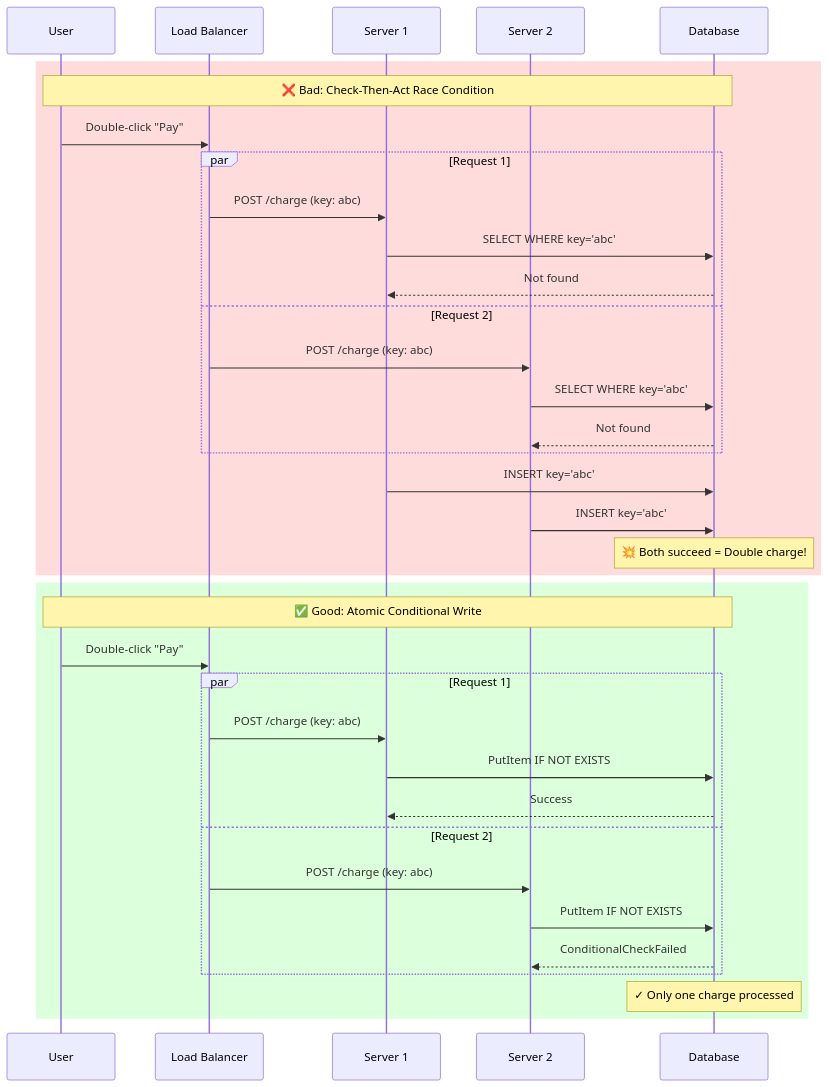
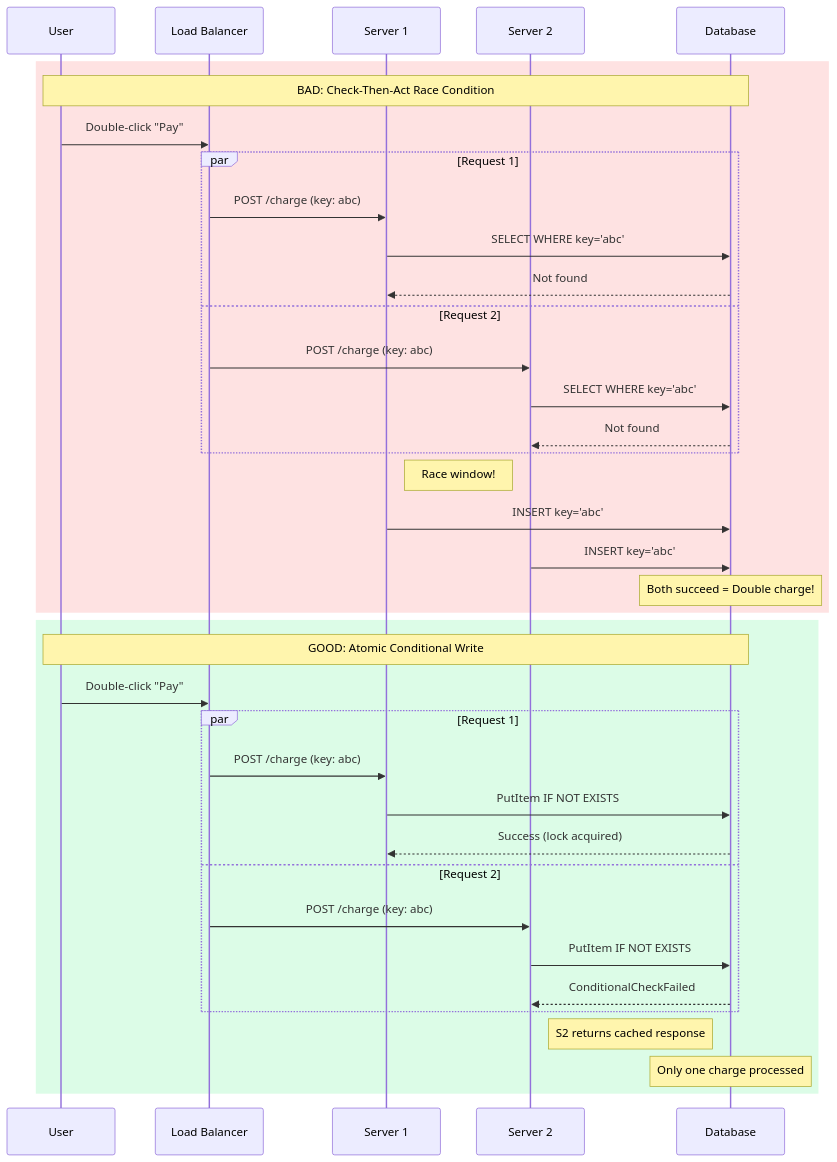
The second of 2 diagrams in gemini-responses/idempotency---critical-concept-20260120-1240.md (udaytamma/Cyrus), drawn with Mermaid before and after one commit. The commit also changed other lines of this file and 28 other files, not shown here.

First line of the commit message:
Upgrade Knowledge Base Mermaid diagrams to professional styling

````diff
--- a/gemini-responses/idempotency---critical-concept-20260120-1240.md
+++ b/gemini-responses/idempotency---critical-concept-20260120-1240.md
@@ -130,40 +143,42 @@
 ```mermaid
 sequenceDiagram
     participant U as User
     participant LB as Load Balancer
     participant S1 as Server 1
     participant S2 as Server 2
     participant DB as Database
 
-    rect rgb(255, 220, 220)
-        Note over U,DB: ❌ Bad: Check-Then-Act Race Condition
+    rect rgb(254, 226, 226)
+        Note over U,DB: BAD: Check-Then-Act Race Condition
         U->>LB: Double-click "Pay"
         par Request 1
             LB->>S1: POST /charge (key: abc)
             S1->>DB: SELECT WHERE key='abc'
             DB-->>S1: Not found
         and Request 2
             LB->>S2: POST /charge (key: abc)
             S2->>DB: SELECT WHERE key='abc'
             DB-->>S2: Not found
         end
+        Note right of S1: Race window!
         S1->>DB: INSERT key='abc'
         S2->>DB: INSERT key='abc'
-        Note over DB: 💥 Both succeed = Double charge!
+        Note over DB: Both succeed = Double charge!
     end
 
-    rect rgb(220, 255, 220)
-        Note over U,DB: ✅ Good: Atomic Conditional Write
+    rect rgb(220, 252, 231)
+        Note over U,DB: GOOD: Atomic Conditional Write
         U->>LB: Double-click "Pay"
         par Request 1
             LB->>S1: POST /charge (key: abc)
             S1->>DB: PutItem IF NOT EXISTS
-            DB-->>S1: Success
+            DB-->>S1: Success (lock acquired)
         and Request 2
             LB->>S2: POST /charge (key: abc)
             S2->>DB: PutItem IF NOT EXISTS
             DB-->>S2: ConditionalCheckFailed
         end
-        Note over DB: ✓ Only one charge processed
+        Note right of S2: S2 returns cached response
+        Note over DB: Only one charge processed
     end
 ```
````
